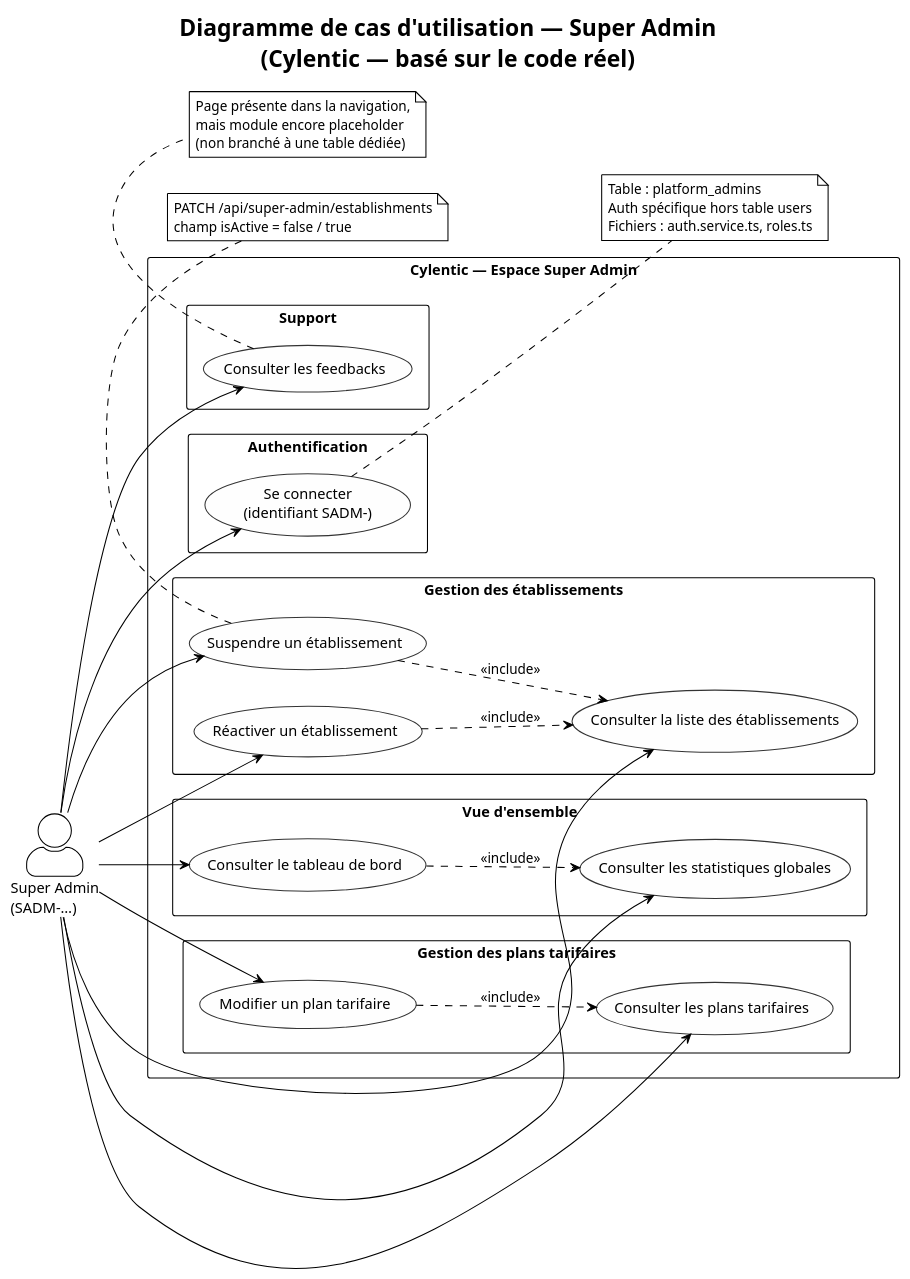
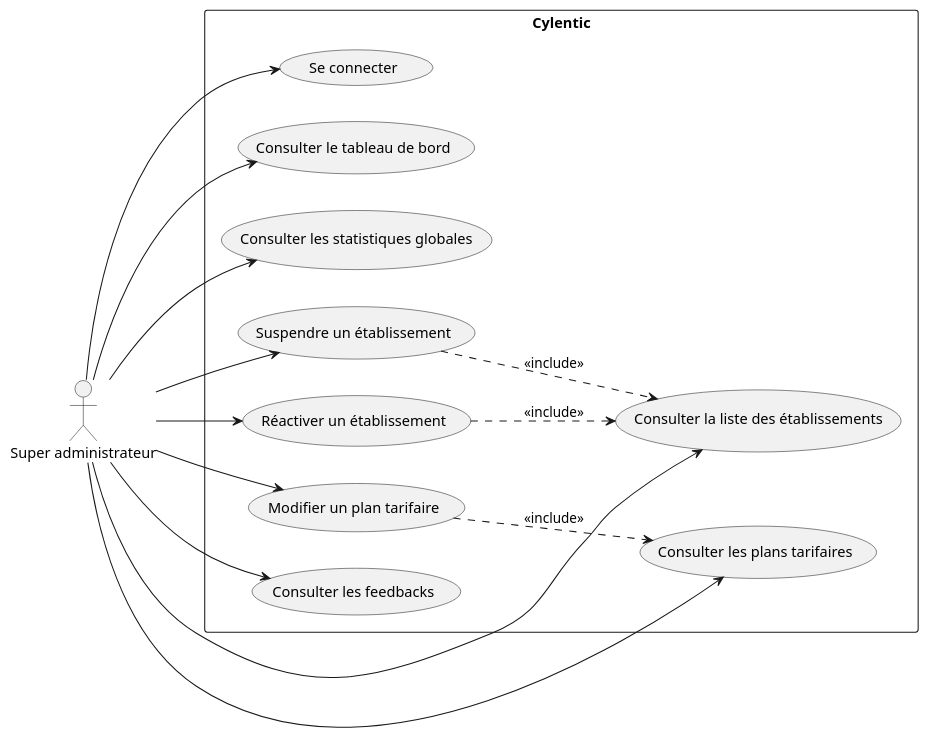
The diagram in docs/diagrammes/01_usecase_super_admin.puml (progirix/cylentic), drawn with PlantUML before and after one commit.

Commit message:
Corrige le diagramme Super Admin en style UML classique
Version sobre pour rendu académique, sans notes techniques
ni mentions inutiles dans le diagramme.

```diff
--- a/docs/diagrammes/01_usecase_super_admin.puml
+++ b/docs/diagrammes/01_usecase_super_admin.puml
@@ -1,78 +1,34 @@
-@startuml 01_usecase_super_admin
-!theme plain
+@startuml
+left to right direction
+skinparam shadowing false
 skinparam packageStyle rectangle
-skinparam shadowing false
-skinparam actorStyle awesome
-skinparam handwritten false
-skinparam defaultFontName Arial
-skinparam usecase {
-  BackgroundColor #FEFEFE
-  BorderColor #333333
+
+actor "Super administrateur" as SA
+
+rectangle "Cylentic" {
+  usecase "Se connecter" as UC1
+  usecase "Consulter le tableau de bord" as UC2
+  usecase "Consulter les statistiques globales" as UC3
+  usecase "Consulter la liste des établissements" as UC4
+  usecase "Suspendre un établissement" as UC5
+  usecase "Réactiver un établissement" as UC6
+  usecase "Consulter les plans tarifaires" as UC7
+  usecase "Modifier un plan tarifaire" as UC8
+  usecase "Consulter les feedbacks" as UC9
 }
 
-title Diagramme de cas d'utilisation — Super Admin\n(Cylentic — basé sur le code réel)
+SA --> UC1
+SA --> UC2
+SA --> UC3
+SA --> UC4
+SA --> UC5
+SA --> UC6
+SA --> UC7
+SA --> UC8
+SA --> UC9
 
-left to right direction
-
-actor "Super Admin\n(SADM-…)" as SA
-
-rectangle "Cylentic — Espace Super Admin" {
-
-  package "Authentification" {
-    usecase "Se connecter\n(identifiant SADM-)" as UC_LOGIN
-  }
-
-  package "Vue d'ensemble" {
-    usecase "Consulter le tableau de bord" as UC_DASH
-    usecase "Consulter les statistiques globales" as UC_STATS
-  }
-
-  package "Gestion des établissements" {
-    usecase "Consulter la liste des établissements" as UC_LIST_EST
-    usecase "Suspendre un établissement" as UC_SUSPEND
-    usecase "Réactiver un établissement" as UC_REACTIVATE
-  }
-
-  package "Gestion des plans tarifaires" {
-    usecase "Consulter les plans tarifaires" as UC_LIST_PLANS
-    usecase "Modifier un plan tarifaire" as UC_UPD_PLAN
-  }
-
-  package "Support" {
-    usecase "Consulter les feedbacks" as UC_FEEDBACK
-  }
-}
-
-SA --> UC_LOGIN
-SA --> UC_DASH
-SA --> UC_STATS
-SA --> UC_LIST_EST
-SA --> UC_SUSPEND
-SA --> UC_REACTIVATE
-SA --> UC_LIST_PLANS
-SA --> UC_UPD_PLAN
-SA --> UC_FEEDBACK
-
-UC_DASH ..> UC_STATS : <<include>>
-UC_SUSPEND ..> UC_LIST_EST : <<include>>
-UC_REACTIVATE ..> UC_LIST_EST : <<include>>
-UC_UPD_PLAN ..> UC_LIST_PLANS : <<include>>
-
-note right of UC_LOGIN
-  Table : platform_admins
-  Auth spécifique hors table users
-  Fichiers : auth.service.ts, roles.ts
-end note
-
-note bottom of UC_FEEDBACK
-  Page présente dans la navigation,
-  mais module encore placeholder
-  (non branché à une table dédiée)
-end note
-
-note bottom of UC_SUSPEND
-  PATCH /api/super-admin/establishments
-  champ isActive = false / true
-end note
+UC5 ..> UC4 : <<include>>
+UC6 ..> UC4 : <<include>>
+UC8 ..> UC7 : <<include>>
 
 @enduml
```
